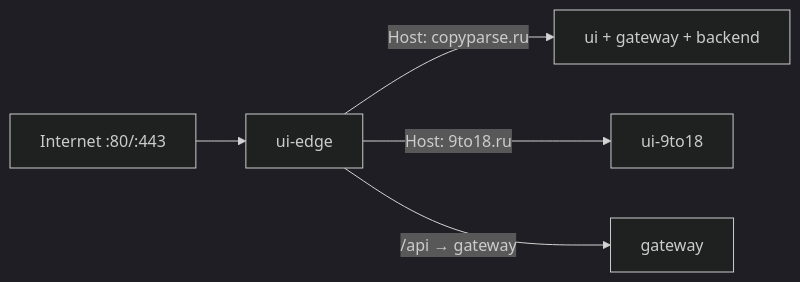
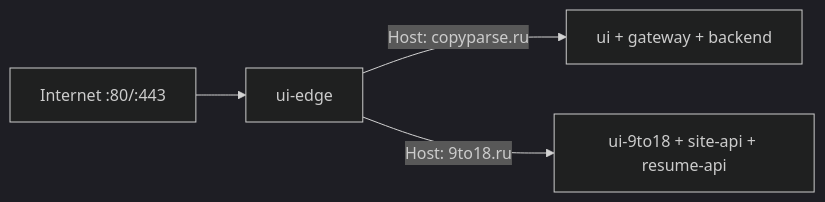
One commit to AlexanderNY/cursor_test changed the second of 4 diagrams in docs/ARCHITECTURE.md. Above: the diagram before and after it, drawn with Mermaid (dark theme). The commit also changed other lines of this file and 649 other files, not shown here.

````diff
--- a/docs/ARCHITECTURE.md
+++ b/docs/ARCHITECTURE.md
@@ -69,7 +69,6 @@
 ```mermaid
 flowchart LR
   NET[Internet :80/:443] --> EDGE[ui-edge]
   EDGE -->|Host: copyparse.ru| UI[ui + gateway + backend]
-  EDGE -->|Host: 9to18.ru| NINE[ui-9to18]
-  EDGE -->|/api → gateway| GW[gateway]
+  EDGE -->|Host: 9to18.ru| NINE[ui-9to18 + site-api + resume-api]
 ```
````
